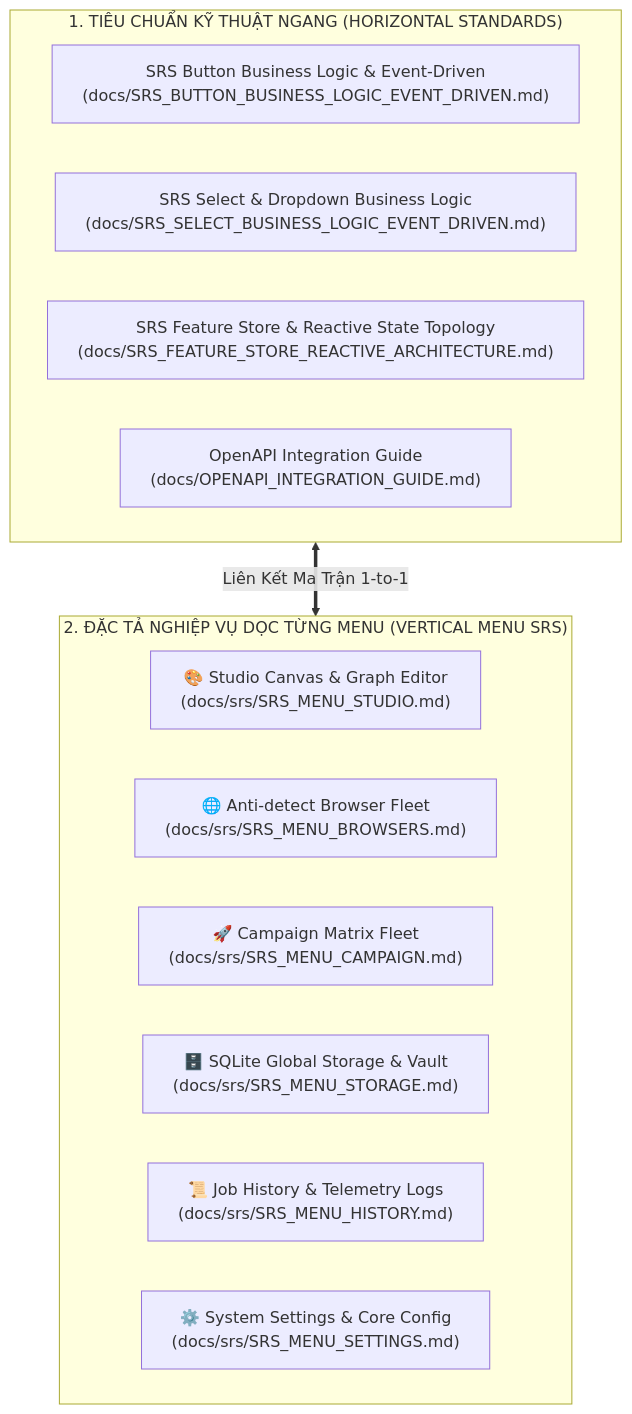
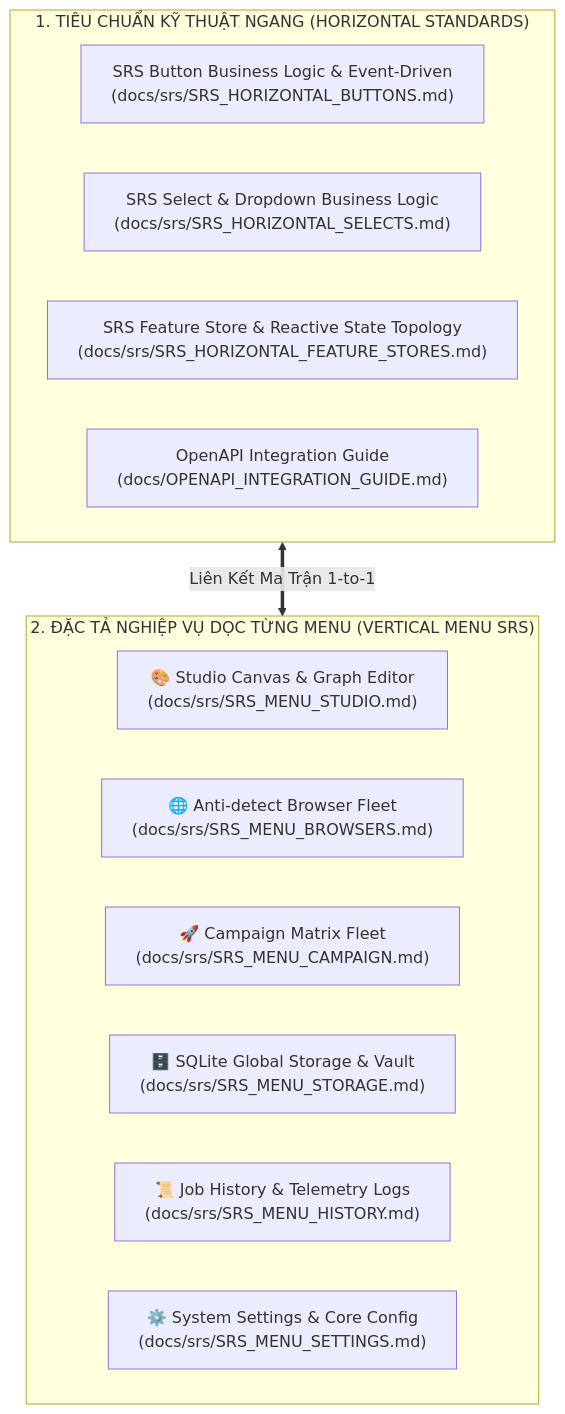
One commit to tuquet/automa changed the diagram in docs/srs/README.md. Above: the diagram before and after it, drawn with Mermaid. The commit also changed other lines of this file and 11 other files, not shown here.

Commit message:
docs(srs): organize horizontal standards into docs/srs/ and promote 2D matrix hub in docs/README.md

````diff
--- a/docs/srs/README.md
+++ b/docs/srs/README.md
@@ -9,20 +9,20 @@
 ```mermaid
 flowchart TD
     subgraph HorizontalStandards ["1. TIÊU CHUẨN KỸ THUẬT NGANG (HORIZONTAL STANDARDS)"]
-        H1["SRS Button Business Logic & Event-Driven<br/>(docs/SRS_BUTTON_BUSINESS_LOGIC_EVENT_DRIVEN.md)"]
-        H2["SRS Select & Dropdown Business Logic<br/>(docs/SRS_SELECT_BUSINESS_LOGIC_EVENT_DRIVEN.md)"]
-        H3["SRS Feature Store & Reactive State Topology<br/>(docs/SRS_FEATURE_STORE_REACTIVE_ARCHITECTURE.md)"]
+        H1["SRS Button Business Logic & Event-Driven<br/>(docs/srs/SRS_HORIZONTAL_BUTTONS.md)"]
+        H2["SRS Select & Dropdown Business Logic<br/>(docs/srs/SRS_HORIZONTAL_SELECTS.md)"]
+        H3["SRS Feature Store & Reactive State Topology<br/>(docs/srs/SRS_HORIZONTAL_FEATURE_STORES.md)"]
         H4["OpenAPI Integration Guide<br/>(docs/OPENAPI_INTEGRATION_GUIDE.md)"]
     end
 
     subgraph VerticalMenus ["2. ĐẶC TẢ NGHIỆP VỤ DỌC TỪNG MENU (VERTICAL MENU SRS)"]
         M1["🎨 Studio Canvas & Graph Editor<br/>(docs/srs/SRS_MENU_STUDIO.md)"]
         M2["🌐 Anti-detect Browser Fleet<br/>(docs/srs/SRS_MENU_BROWSERS.md)"]
         M3["🚀 Campaign Matrix Fleet<br/>(docs/srs/SRS_MENU_CAMPAIGN.md)"]
         M4["🗄️ SQLite Global Storage & Vault<br/>(docs/srs/SRS_MENU_STORAGE.md)"]
         M5["📜 Job History & Telemetry Logs<br/>(docs/srs/SRS_MENU_HISTORY.md)"]
         M6["⚙️ System Settings & Core Config<br/>(docs/srs/SRS_MENU_SETTINGS.md)"]
     end
 
     HorizontalStandards <== Liên Kết Ma Trận 1-to-1 ==> VerticalMenus
 ```
````
